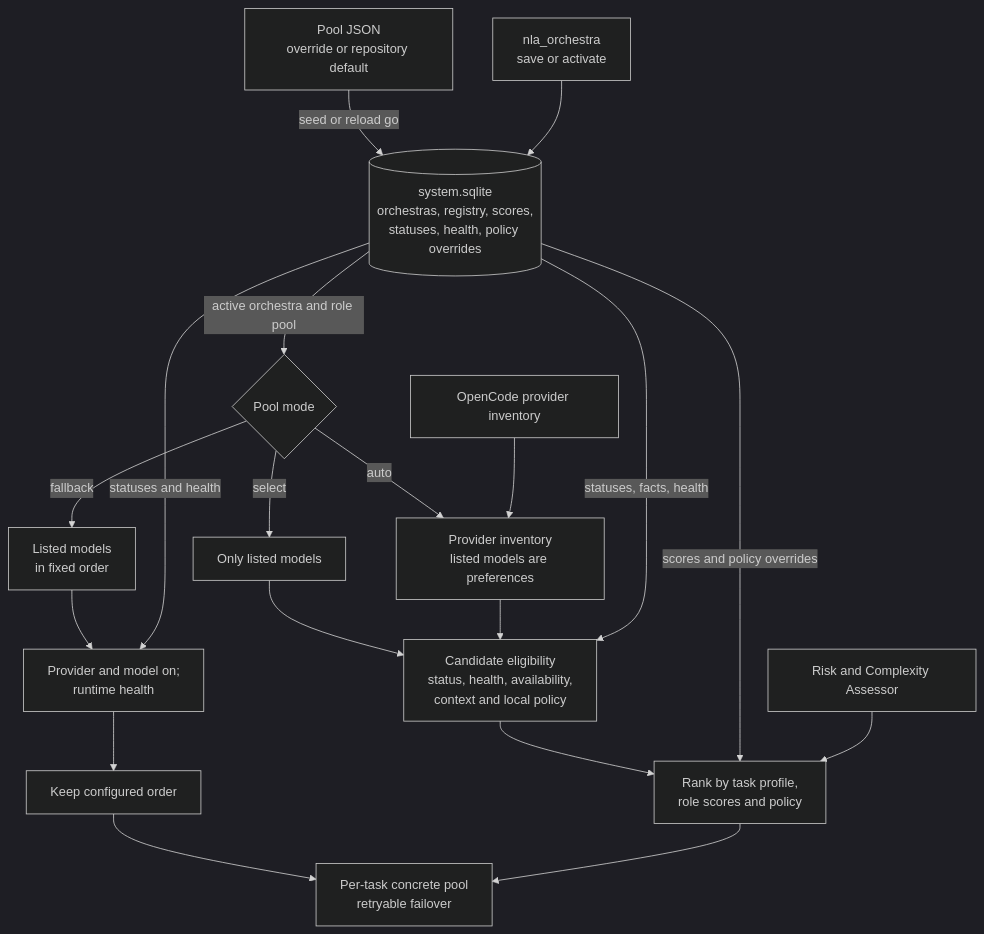
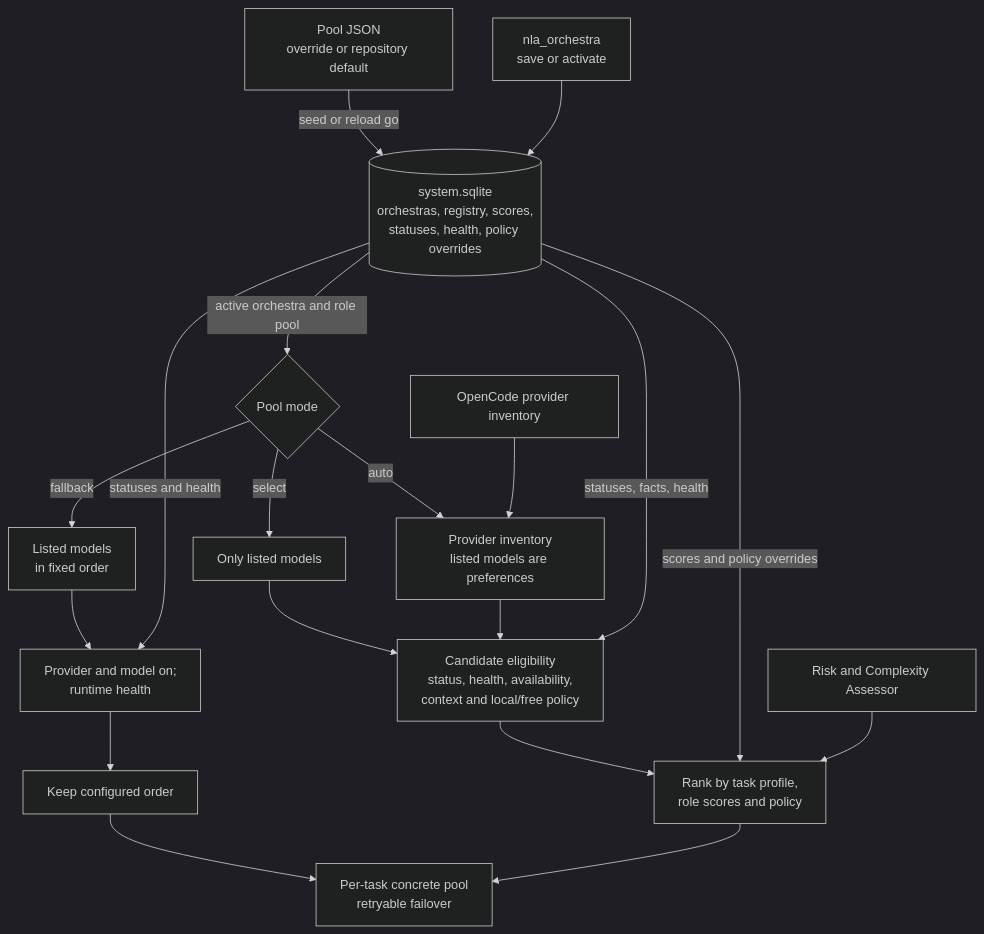
Before and after one commit to pickleshell/next-level-agent: the second of 2 diagrams in README.md, drawn with Mermaid (dark theme). The commit also changed other lines of this file and 12 other files, not shown here.

Commit message:
feat: add strict free-only model selection policy

````diff
--- a/README.md
+++ b/README.md
@@ -367,21 +383,21 @@
 ```mermaid
 flowchart TB
     J[Pool JSON<br/>override or repository default] -->|seed or reload go| DB[(system.sqlite<br/>orchestras, registry, scores,<br/>statuses, health, policy overrides)]
     OT[nla_orchestra<br/>save or activate] --> DB
     DB -->|active orchestra and role pool| MODE{Pool mode}
     MODE -->|fallback| F[Listed models<br/>in fixed order]
     MODE -->|select| S[Only listed models]
     MODE -->|auto| A[Provider inventory<br/>listed models are preferences]
     INV[OpenCode provider inventory] --> A
     F --> EF[Provider and model on;<br/>runtime health]
-    S --> ER[Candidate eligibility<br/>status, health, availability,<br/>context and local policy]
+    S --> ER[Candidate eligibility<br/>status, health, availability,<br/>context and local/free policy]
     A --> ER
     DB -->|statuses and health| EF
     DB -->|statuses, facts, health| ER
     EF --> O[Keep configured order]
     ER --> R[Rank by task profile,<br/>role scores and policy]
     DB -->|scores and policy overrides| R
     RA[Risk and Complexity Assessor] --> R
     O --> TASK[Per-task concrete pool<br/>retryable failover]
     R --> TASK
 ```
````
